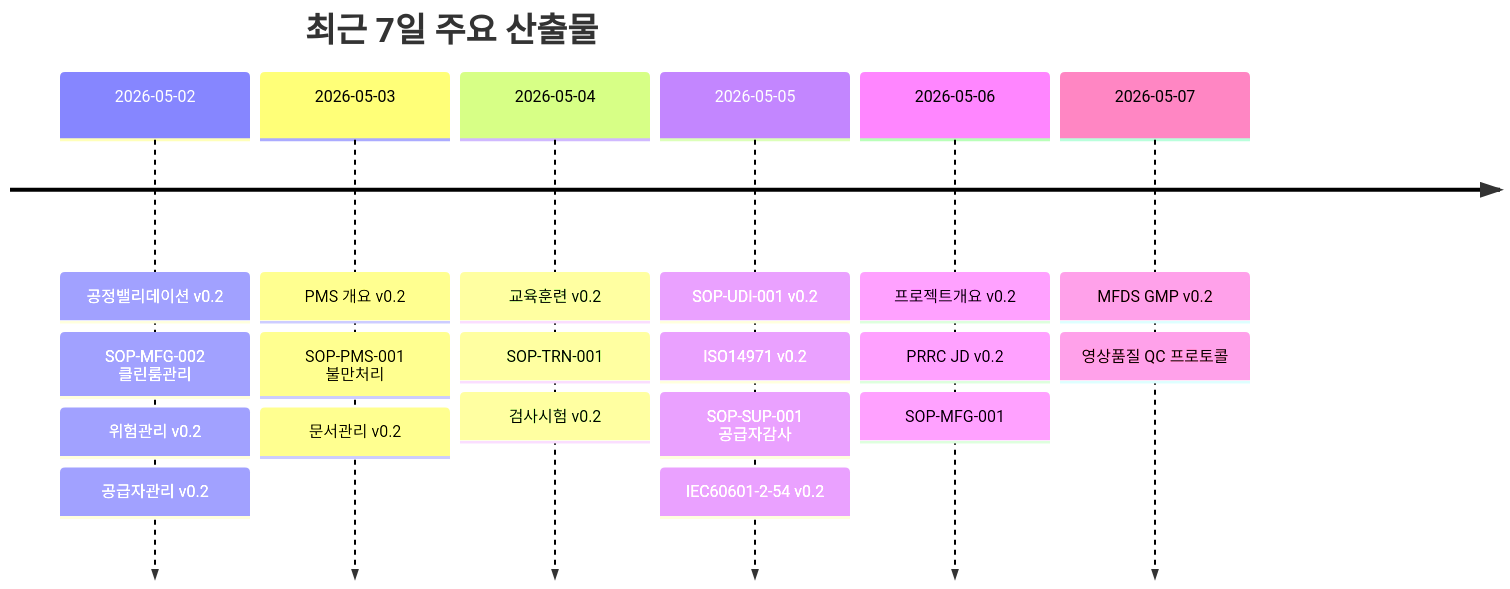
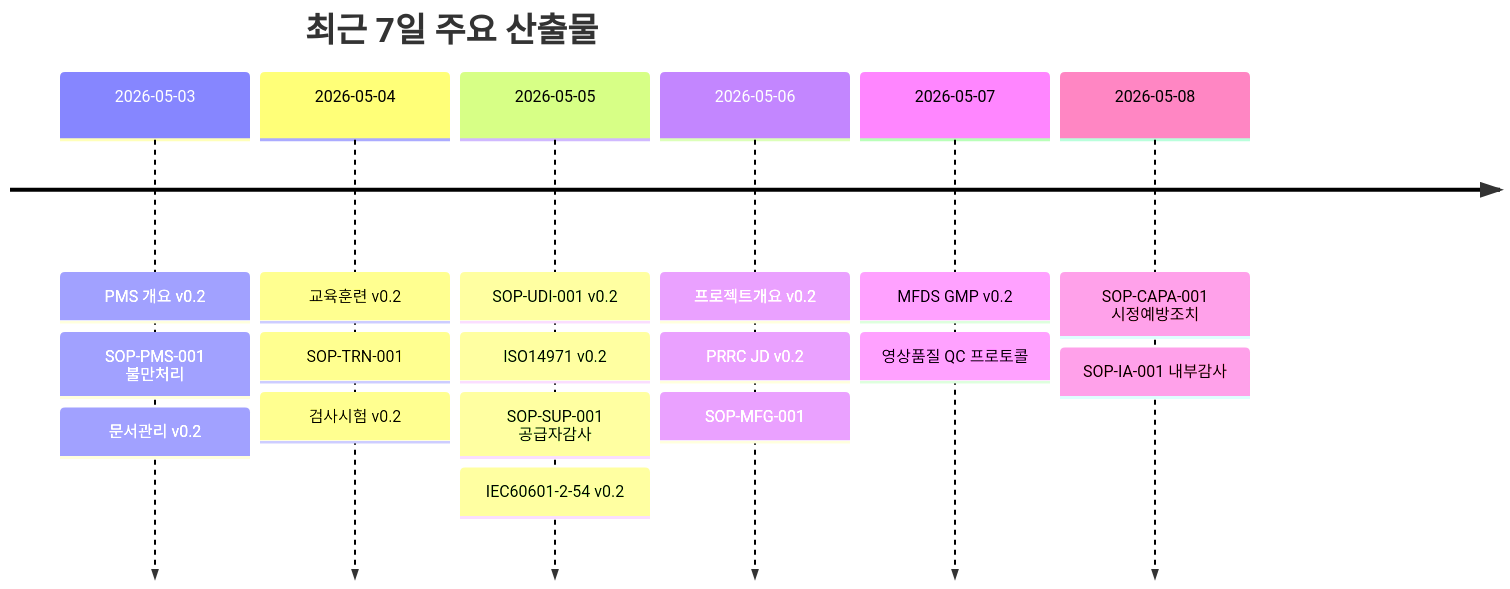
Before and after one commit to holee9/MD-process: the third of 4 diagrams in README.md, drawn with Mermaid. The commit also changed other lines of this file, not shown here.

Commit message:
docs(readme): 진행현황 2026-05-08 — 문서 99건, QMS CAPA·내부감사 추가

````diff
--- a/README.md
+++ b/README.md
@@ -126,10 +126,10 @@
 ```mermaid
 timeline
     title 최근 7일 주요 산출물
-    2026-05-02 : 공정밸리데이션 v0.2 : SOP-MFG-002 클린룸관리 : 위험관리 v0.2 : 공급자관리 v0.2
     2026-05-03 : PMS 개요 v0.2 : SOP-PMS-001 불만처리 : 문서관리 v0.2
     2026-05-04 : 교육훈련 v0.2 : SOP-TRN-001 : 검사시험 v0.2
     2026-05-05 : SOP-UDI-001 v0.2 : ISO14971 v0.2 : SOP-SUP-001 공급자감사 : IEC60601-2-54 v0.2
     2026-05-06 : 프로젝트개요 v0.2 : PRRC JD v0.2 : SOP-MFG-001
     2026-05-07 : MFDS GMP v0.2 : 영상품질 QC 프로토콜
+    2026-05-08 : SOP-CAPA-001 시정예방조치 : SOP-IA-001 내부감사
 ```
````
